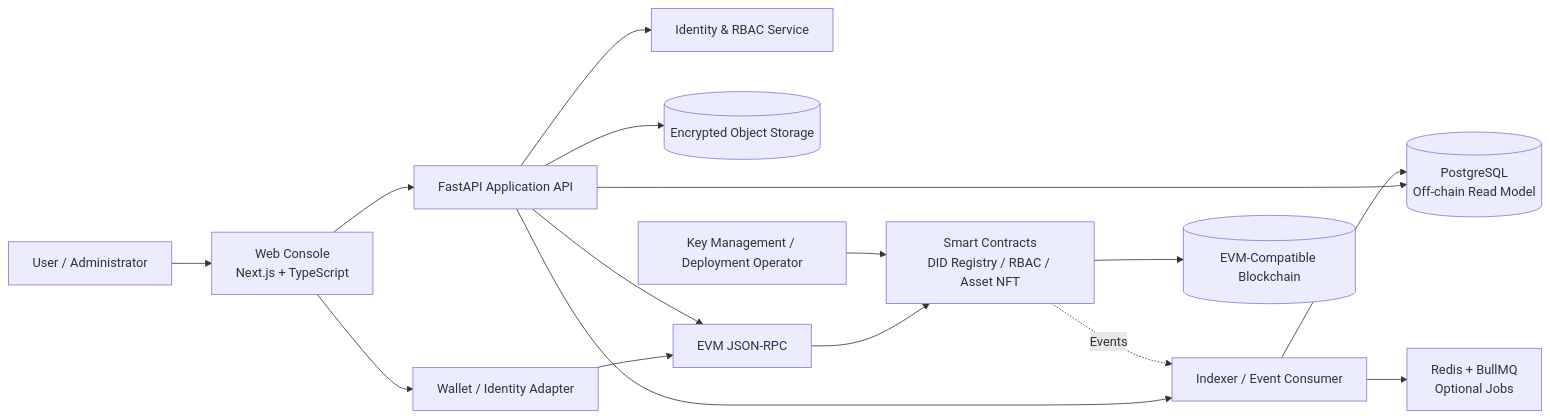
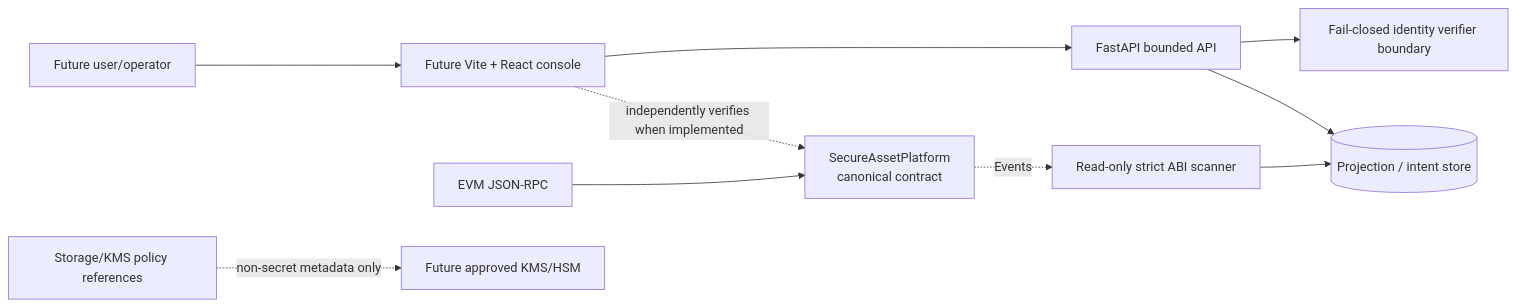
The diagram in README.md (P-Shashe-Preetham/Block-chain), drawn with Mermaid before and after one commit. The commit also changed other lines of this file and 7 other files, not shown here.

````diff
--- a/README.md
+++ b/README.md
@@ -23,18 +23,12 @@
 ```mermaid
 flowchart LR
-    U[User / Administrator] --> W[Web Console\nNext.js + TypeScript]
-    W --> V[Wallet / Identity Adapter]
-    W --> API[FastAPI Application API]
-    API --> AUTH[Identity & RBAC Service]
-    API --> IDX[Indexer / Event Consumer]
-    API --> OBJ[(Encrypted Object Storage)]
-    API --> DB[(PostgreSQL\nOff-chain Read Model)]
-    IDX --> DB
-    IDX --> Q[Redis + BullMQ\nOptional Jobs]
-    V --> RPC[EVM JSON-RPC]
-    API --> RPC
-    RPC --> SC[Smart Contracts\nDID Registry / RBAC / Asset NFT]
-    SC --> BC[(EVM-Compatible Blockchain)]
+    U[Future user/operator] --> W[Future Vite + React console]
+    W --> API[FastAPI bounded API]
+    API --> AUTH[Fail-closed identity verifier boundary]
+    API --> DB[(Projection / intent store)]
+    IDX[Read-only strict ABI scanner] --> DB
+    RPC[EVM JSON-RPC] --> SC[SecureAssetPlatform\ncanonical contract]
     SC -. Events .-> IDX
-    ADMIN[Key Management / Deployment Operator] --> SC
+    W -. independently verifies when implemented .-> SC
+    Storage[Storage/KMS policy references] -. non-secret metadata only .-> KMS[Future approved KMS/HSM]
 ```
````
